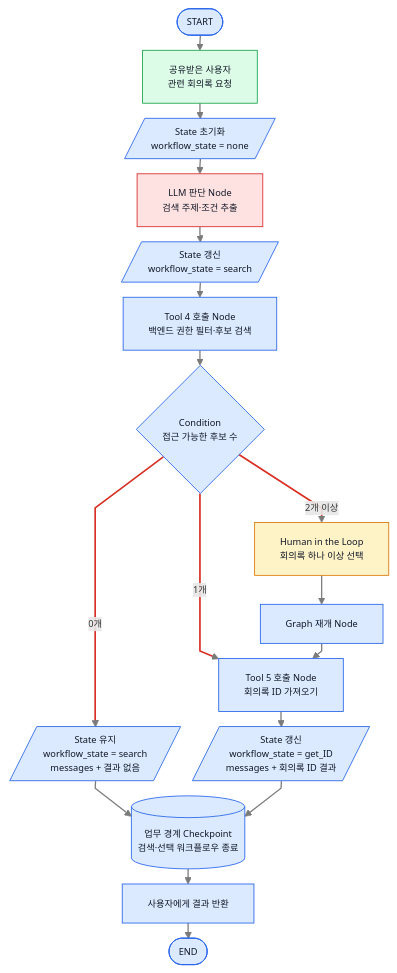
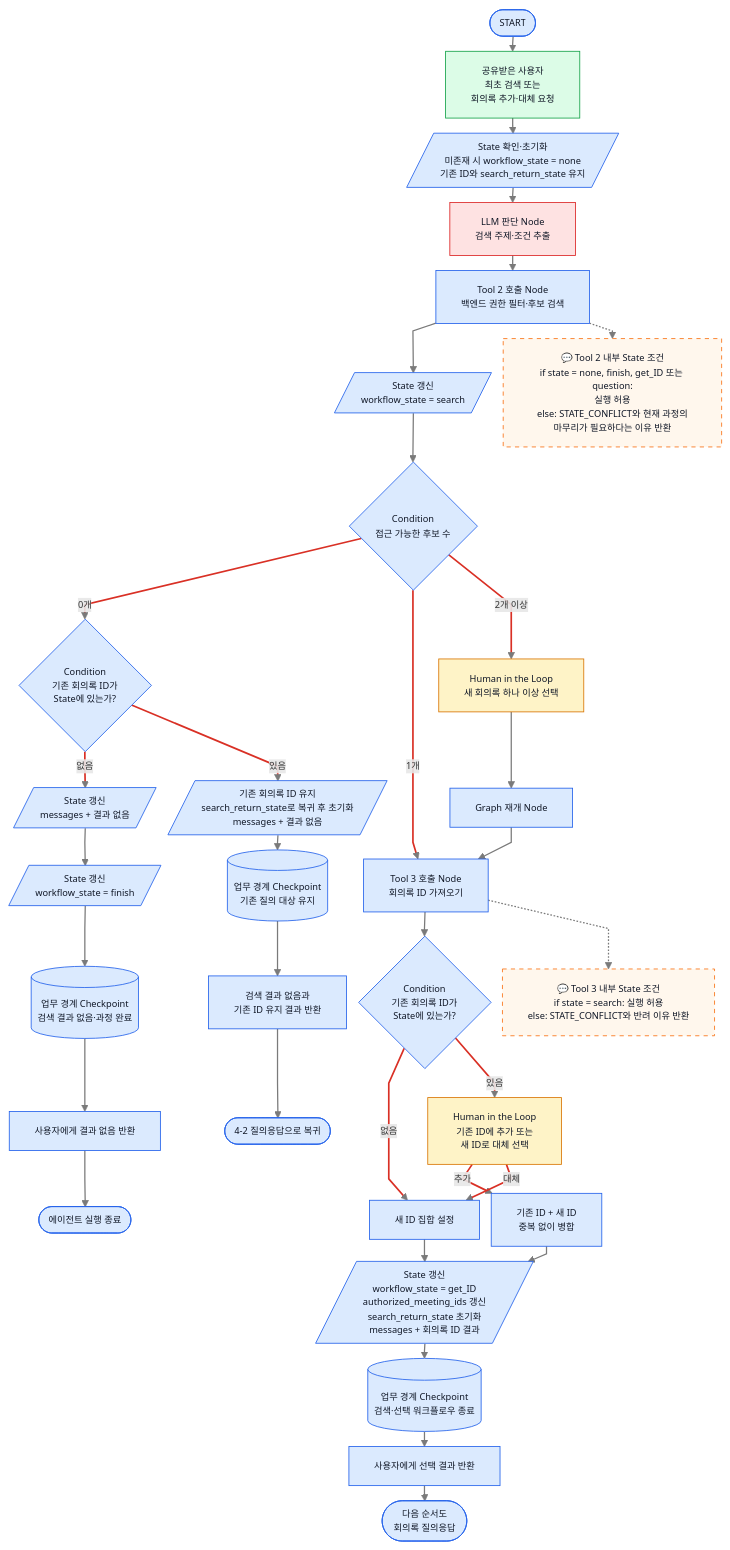
Before and after one commit to ericyum/Obsidian: the seventh of 8 diagrams in ZENAI/에이전트 설계/회의록 에이전트 설계/1. 회의록 에이전트 워크플로우 graph 정의.md, drawn with Mermaid. The commit also changed other lines of this file and 7 other files, not shown here.

````diff
--- a/ZENAI/에이전트 설계/회의록 에이전트 설계/1. 회의록 에이전트 워크플로우 graph 정의.md
+++ b/ZENAI/에이전트 설계/회의록 에이전트 설계/1. 회의록 에이전트 워크플로우 graph 정의.md
@@ -325,30 +348,48 @@
 ```mermaid
 %%{init: {"flowchart": {"useMaxWidth": true, "nodeSpacing": 14, "rankSpacing": 18, "curve": "linear"}, "themeVariables": {"fontSize": "11px"}}}%%
 flowchart TB
-    S(["START"]) --> U["공유받은 사용자<br/>관련 회의록 요청"]
-    U --> IN[/"State 초기화<br/>workflow_state = none"/]
+    S(["START"]) --> U["공유받은 사용자<br/>최초 검색 또는<br/>회의록 추가·대체 요청"]
+    U --> IN[/"State 확인·초기화<br/>미존재 시 workflow_state = none<br/>기존 ID와 search_return_state 유지"/]
     IN --> A["LLM 판단 Node<br/>검색 주제·조건 추출"]
-    A --> SS[/"State 갱신<br/>workflow_state = search"/]
-    SS --> T4["Tool 4 호출 Node<br/>백엔드 권한 필터·후보 검색"]
-    T4 --> C{"Condition<br/>접근 가능한 후보 수"}
-    C -->|"0개"| N[/"State 유지<br/>workflow_state = search<br/>messages + 결과 없음"/]
-    C -->|"1개"| T5["Tool 5 호출 Node<br/>회의록 ID 가져오기"]
-    C -->|"2개 이상"| H["Human in the Loop<br/>회의록 하나 이상 선택"]
-    H --> R["Graph 재개 Node"]
-    R --> T5
-    T5 --> IDs[/"State 갱신<br/>workflow_state = get_ID<br/>messages + 회의록 ID 결과"/]
-    N --> CP[("업무 경계 Checkpoint<br/>검색·선택 워크플로우 종료")]
-    IDs --> CP
-    CP --> OUT["사용자에게 결과 반환"]
-    OUT --> E(["END"])
+    A --> T4["Tool 2 호출 Node<br/>백엔드 권한 필터·후보 검색"]
+    T4 --> SS[/"State 갱신<br/>workflow_state = search"/]
+    SS --> C{"Condition<br/>접근 가능한 후보 수"}
+    C -->|"0개"| EX0{"Condition<br/>기존 회의록 ID가<br/>State에 있는가?"}
+    C -->|"1개"| T5["Tool 3 호출 Node<br/>회의록 ID 가져오기"]
+    C -->|"2개 이상"| H1["Human in the Loop<br/>새 회의록 하나 이상 선택"]
+    H1 --> R1["Graph 재개 Node"]
+    R1 --> T5
+    EX0 -->|"없음"| N[/"State 갱신<br/>messages + 결과 없음"/]
+    EX0 -->|"있음"| KEEP[/"기존 회의록 ID 유지<br/>search_return_state로 복귀 후 초기화<br/>messages + 결과 없음"/]
+    T5 --> EX{"Condition<br/>기존 회의록 ID가<br/>State에 있는가?"}
+    EX -->|"없음"| SET["새 ID 집합 설정"]
+    EX -->|"있음"| H2["Human in the Loop<br/>기존 ID에 추가 또는<br/>새 ID로 대체 선택"]
+    H2 -->|"추가"| ADD["기존 ID + 새 ID<br/>중복 없이 병합"]
+    H2 -->|"대체"| SET
+    ADD --> IDs[/"State 갱신<br/>workflow_state = get_ID<br/>authorized_meeting_ids 갱신<br/>search_return_state 초기화<br/>messages + 회의록 ID 결과"/]
+    SET --> IDs
+    N --> FN[/"State 갱신<br/>workflow_state = finish"/]
+    FN --> CPF[("업무 경계 Checkpoint<br/>검색 결과 없음·과정 완료")]
+    CPF --> OUT0["사용자에게 결과 없음 반환"]
+    OUT0 --> E0(["에이전트 실행 종료"])
+    KEEP --> CPK[("업무 경계 Checkpoint<br/>기존 질의 대상 유지")]
+    CPK --> OUTK["검색 결과 없음과<br/>기존 ID 유지 결과 반환"]
+    OUTK --> EK(["4-2 질의응답으로 복귀"])
+    IDs --> CP[("업무 경계 Checkpoint<br/>검색·선택 워크플로우 종료")]
+    CP --> OUT["사용자에게 선택 결과 반환"]
+    OUT --> E(["다음 순서도<br/>회의록 질의응답"])
+    T4 -.-> N4["💬 Tool 2 내부 State 조건<br/>if state = none, finish, get_ID 또는 question:<br/>실행 허용<br/>else: STATE_CONFLICT와 현재 과정의<br/>마무리가 필요하다는 이유 반환"]
+    T5 -.-> N5["💬 Tool 3 내부 State 조건<br/>if state = search: 실행 허용<br/>else: STATE_CONFLICT와 반려 이유 반환"]
     classDef user fill:#dcfce7,stroke:#16a34a,color:#111827;
     classDef hitl fill:#fef3c7,stroke:#d97706,color:#111827;
     classDef internal fill:#dbeafe,stroke:#2563eb,color:#111827;
     classDef llm fill:#fee2e2,stroke:#dc2626,color:#111827;
+    classDef note fill:#fff7ed,stroke:#f97316,color:#111827,stroke-dasharray: 5 5;
     class U user;
-    class H hitl;
+    class H1,H2 hitl;
     class A llm;
-    class S,IN,SS,T4,C,N,T5,R,IDs,CP,OUT,E internal;
+    class N4,N5 note;
+    class S,IN,SS,T4,C,EX0,N,FN,CPF,OUT0,E0,KEEP,CPK,OUTK,EK,T5,R1,EX,SET,ADD,IDs,CP,OUT,E internal;
     linkStyle default stroke:#7a7a7a,stroke-width:1.5px;
-    linkStyle 6,7,8 stroke:#d93025,stroke-width:2px;
+    linkStyle 6,7,8,11,12,14,15,16,17 stroke:#d93025,stroke-width:2px;
 ```
````
